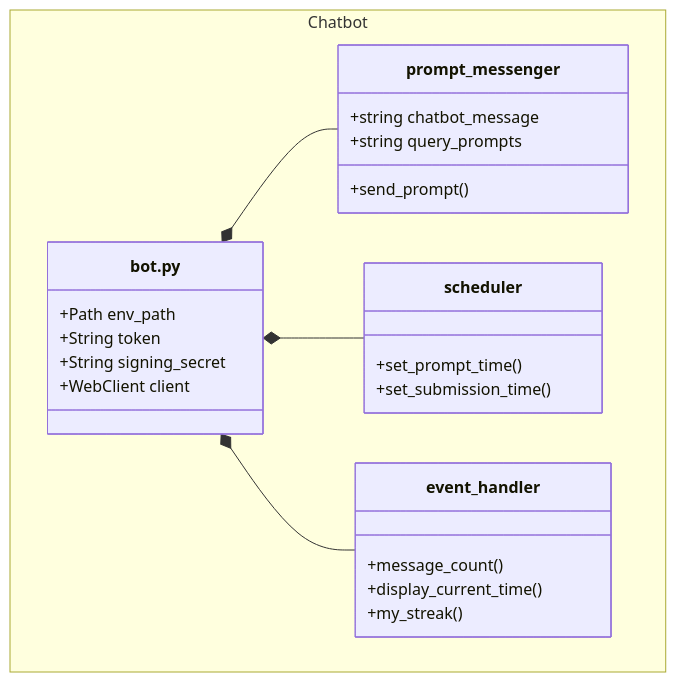
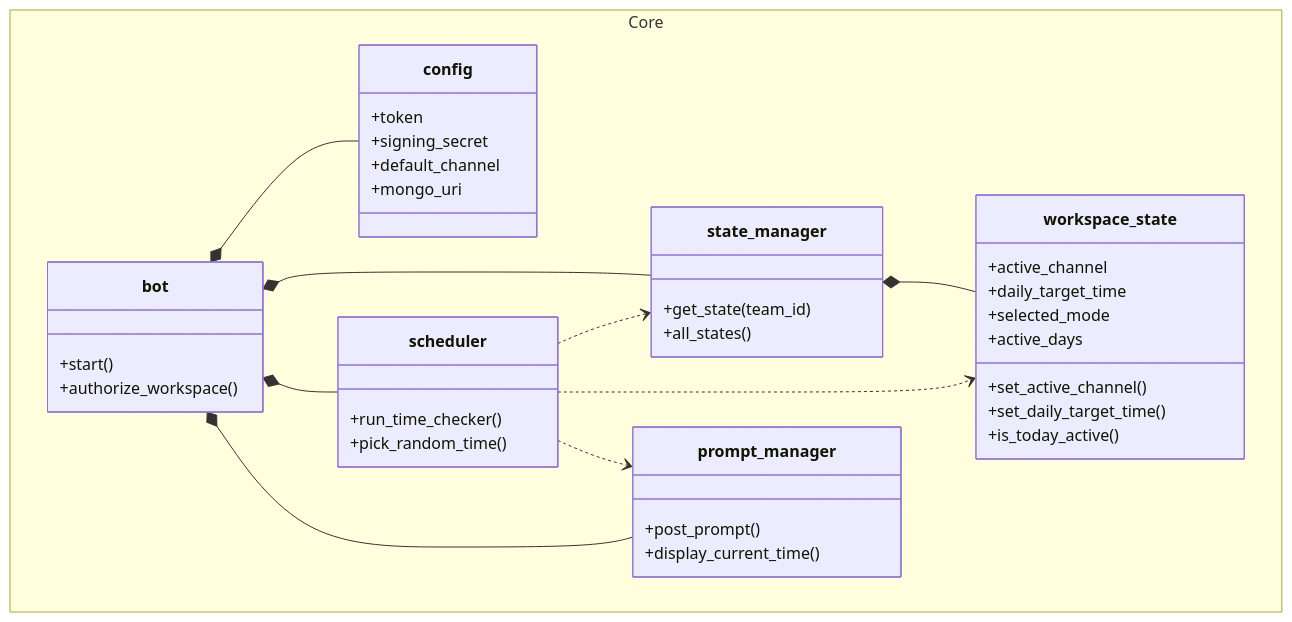
The second of 4 diagrams in documentation/docs/system-architecture/class-diagram.md (Capstone-Projects-2026-spring/project-bereal-chatbot), drawn with Mermaid before and after one commit. The commit also changed other lines of this file, not shown here.

Commit message:
revised class diagram

````diff
--- a/documentation/docs/system-architecture/class-diagram.md
+++ b/documentation/docs/system-architecture/class-diagram.md
@@ -8,33 +81,51 @@
 ```mermaid
 classDiagram
-    namespace Chatbot {
+direction TB
+    namespace Core {
+        class bot {
+            +start()
+            +authorize_workspace()
+        }
 
-        class bot.py {
-        +Path env_path
-        +String token
-        +String signing_secret
-        +WebClient client
+        class config {
+            +token
+            +signing_secret
+            +default_channel
+            +mongo_uri
+        }
+
+        class state_manager {
+            +get_state(team_id)
+            +all_states()
+        }
+
+        class workspace_state {
+            +active_channel
+            +daily_target_time
+            +selected_mode
+            +active_days
+            +set_active_channel()
+            +set_daily_target_time()
+            +is_today_active()
+        }
+
+        class scheduler {
+            +run_time_checker()
+            +pick_random_time()
+        }
+
+        class prompt_manager {
+            +post_prompt()
+            +display_current_time()
+        }
     }
 
-    class prompt_messenger {
-        +string chatbot_message
-        +string query_prompts
-        +send_prompt()
-    }
-
-    class scheduler {
-        +set_prompt_time()
-        +set_submission_time()
-    }
-
-    class event_handler {
-        +message_count()
-        +display_current_time()
-        +my_streak()
-    }
-}
-    
-    bot.py *-- prompt_messenger
-    bot.py *-- scheduler
-    bot.py *-- event_handler
+    bot *-- config
+    bot *-- state_manager
+    bot *-- scheduler
+    bot *-- prompt_manager
+    state_manager *-- workspace_state
+    scheduler ..> state_manager
+    scheduler ..> workspace_state
+    scheduler ..> prompt_manager
 ```
````
